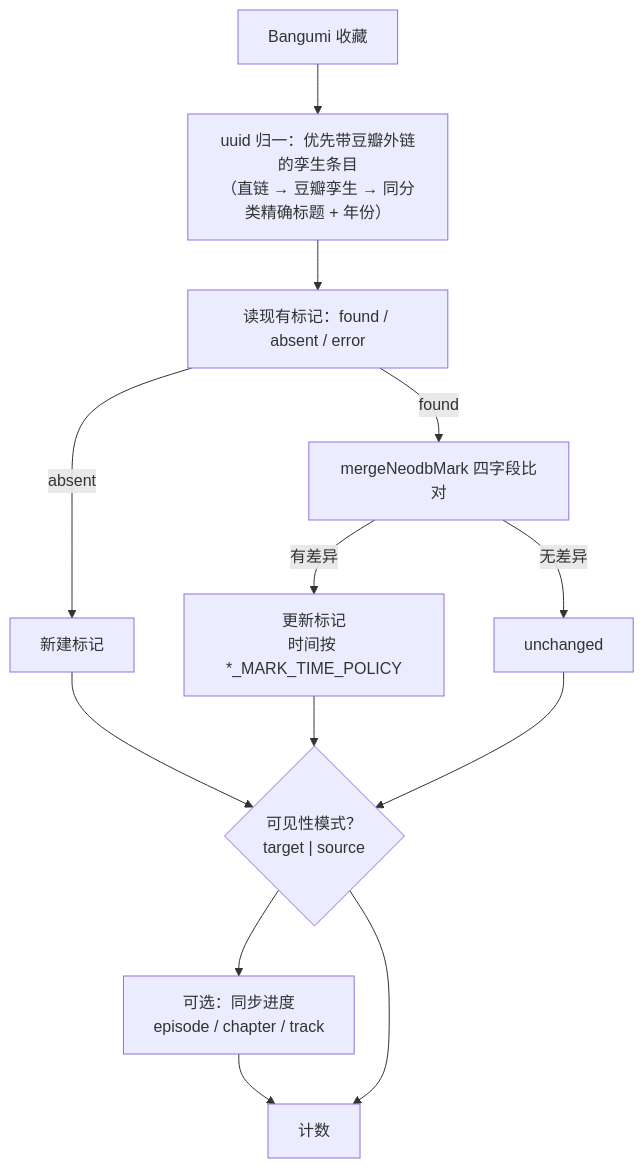
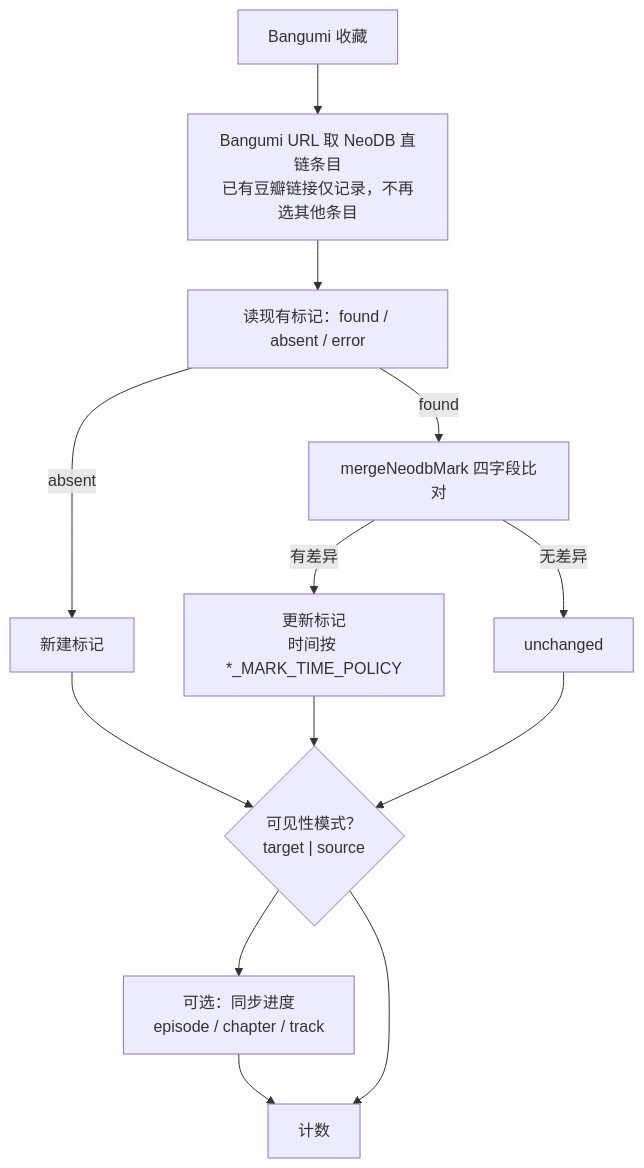
The sixth of 10 diagrams in README.md (sachikoakina/Audiovisual-Transporter), drawn with Mermaid before and after one commit. The commit also changed other lines of this file and 7 other files, not shown here.

Commit message:
docs(bangumi): align NeoDB direct-resolution wording

````diff
--- a/README.md
+++ b/README.md
@@ -136,15 +136,15 @@
 ```mermaid
 flowchart TD
-    A["Bangumi 收藏"] --> B["uuid 归一：优先带豆瓣外链的孪生条目<br/>（直链 → 豆瓣孪生 → 同分类精确标题 + 年份）"]
+    A["Bangumi 收藏"] --> B["Bangumi URL 取 NeoDB 直链条目<br/>已有豆瓣链接仅记录，不再选其他条目"]
     B --> C["读现有标记：found / absent / error"]
     C -->|absent| D["新建标记"]
     C -->|found| E["mergeNeodbMark 四字段比对"]
     E -->|有差异| F["更新标记<br/>时间按 *_MARK_TIME_POLICY"]
     E -->|无差异| G["unchanged"]
     D --> H{"可见性模式？<br/>target | source"}
     F --> H
     G --> H
     H --> I["可选：同步进度<br/>episode / chapter / track"]
     I --> Z["计数"]
     H --> Z
 ```
````
